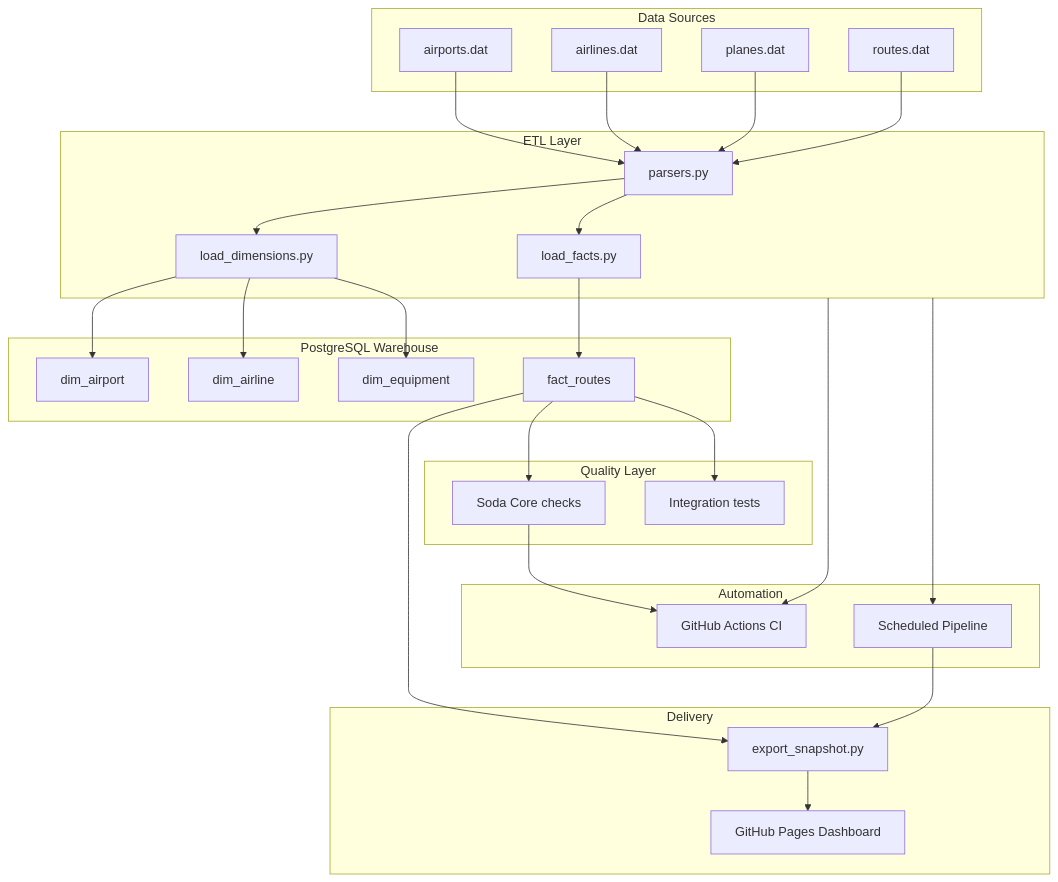
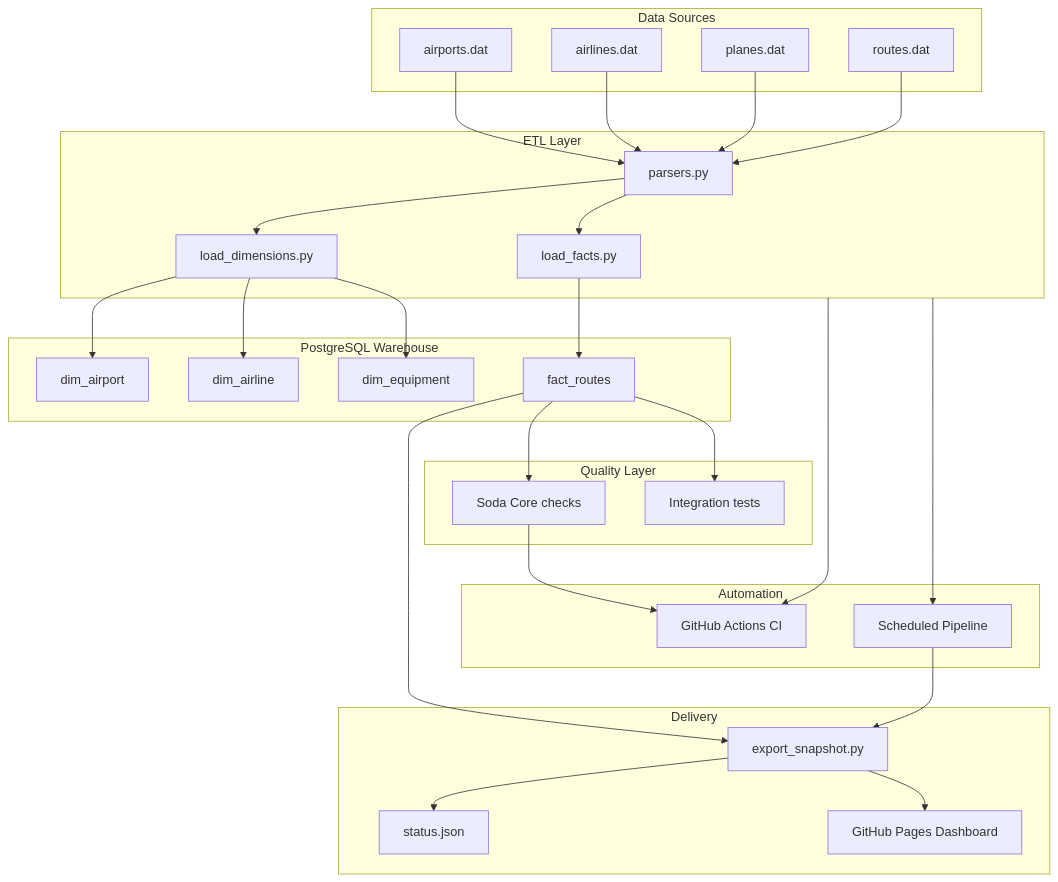
The second of 2 diagrams in DOCUMENTATION.md (gvarun20/openflights-pipeline), drawn with Mermaid before and after one commit. The commit also changed other lines of this file and 3 other files, not shown here.

````diff
--- a/DOCUMENTATION.md
+++ b/DOCUMENTATION.md
@@ -269,46 +303,48 @@
 ```mermaid
 flowchart TB
   subgraph sources [Data Sources]
     A1[airports.dat]
     A2[airlines.dat]
     A3[planes.dat]
     A4[routes.dat]
   end
 
   subgraph etl_layer [ETL Layer]
     P[parsers.py]
     LD[load_dimensions.py]
     LF[load_facts.py]
   end
 
   subgraph warehouse [PostgreSQL Warehouse]
     DA[dim_airport]
     DL[dim_airline]
     DE[dim_equipment]
     FR[fact_routes]
   end
 
   subgraph quality [Quality Layer]
     SODA[Soda Core checks]
     PYTEST[Integration tests]
   end
 
   subgraph delivery [Delivery]
     EXP[export_snapshot.py]
+    STATUS[status.json]
     DASH[GitHub Pages Dashboard]
   end
 
   subgraph automation [Automation]
     CI[GitHub Actions CI]
     SCHED[Scheduled Pipeline]
   end
 
   A1 & A2 & A3 & A4 --> P --> LD --> DA & DL & DE
   P --> LF --> FR
   FR --> SODA
   FR --> PYTEST
   FR --> EXP --> DASH
+  EXP --> STATUS
   etl_layer --> CI
   SODA --> CI
   etl_layer --> SCHED --> EXP
 ```
````
